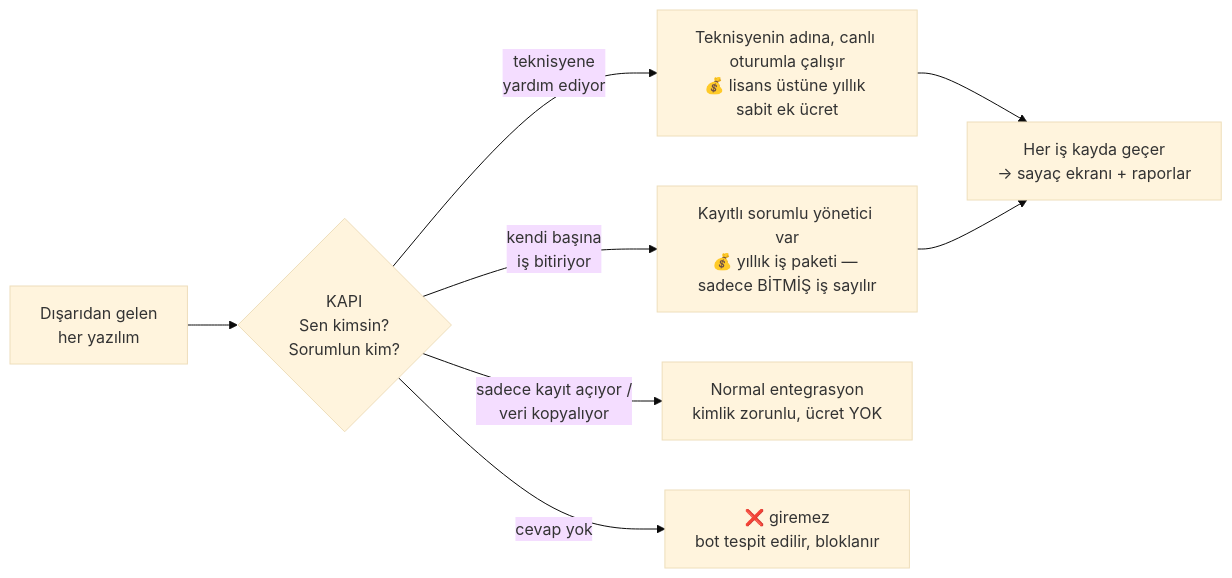
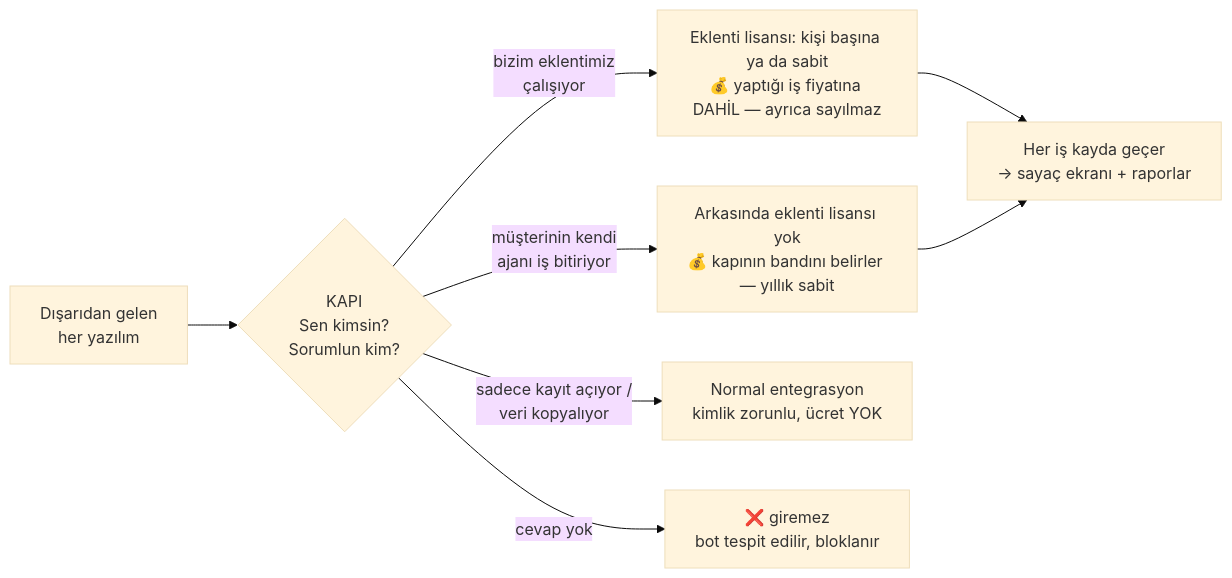
The diagram in gorevler/ekler/aicore-backend-is-paketi/Yonetici_Ozeti_ve_Kararlar.md (gorgonline/servicecore), drawn with Mermaid (base theme) before and after one commit. The commit also changed other lines of this file and 5 other files, not shown here.

````diff
--- a/gorevler/ekler/aicore-backend-is-paketi/Yonetici_Ozeti_ve_Kararlar.md
+++ b/gorevler/ekler/aicore-backend-is-paketi/Yonetici_Ozeti_ve_Kararlar.md
@@ -10,10 +10,10 @@
 ```mermaid
 flowchart LR
     A[Dışarıdan gelen<br/>her yazılım] --> K{KAPI<br/>Sen kimsin?<br/>Sorumlun kim?}
-    K -->|teknisyene<br/>yardım ediyor| Y[Teknisyenin adına, canlı oturumla çalışır<br/>💰 lisans üstüne yıllık sabit ek ücret]
-    K -->|kendi başına<br/>iş bitiriyor| P[Kayıtlı sorumlu yönetici var<br/>💰 yıllık iş paketi — sadece BİTMİŞ iş sayılır]
+    K -->|bizim eklentimiz<br/>çalışıyor| Y[Eklenti lisansı: kişi başına ya da sabit<br/>💰 yaptığı iş fiyatına DAHİL — ayrıca sayılmaz]
+    K -->|müşterinin kendi<br/>ajanı iş bitiriyor| P[Arkasında eklenti lisansı yok<br/>💰 kapının bandını belirler — yıllık sabit]
     K -->|sadece kayıt açıyor /<br/>veri kopyalıyor| E[Normal entegrasyon<br/>kimlik zorunlu, ücret YOK]
     K -->|cevap yok| R[❌ giremez<br/>bot tespit edilir, bloklanır]
     Y --> L[Her iş kayda geçer<br/>→ sayaç ekranı + raporlar]
     P --> L
 ```
````
